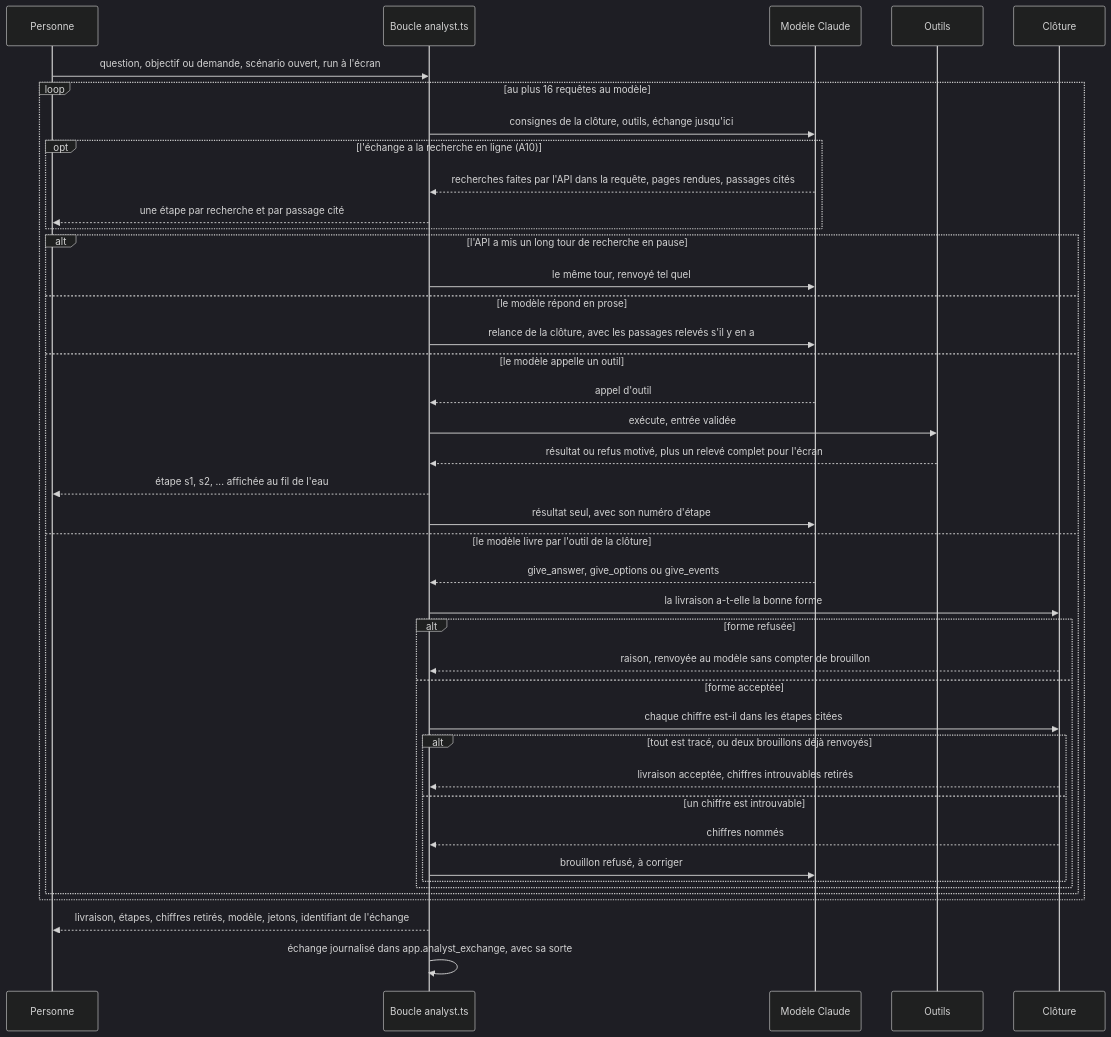
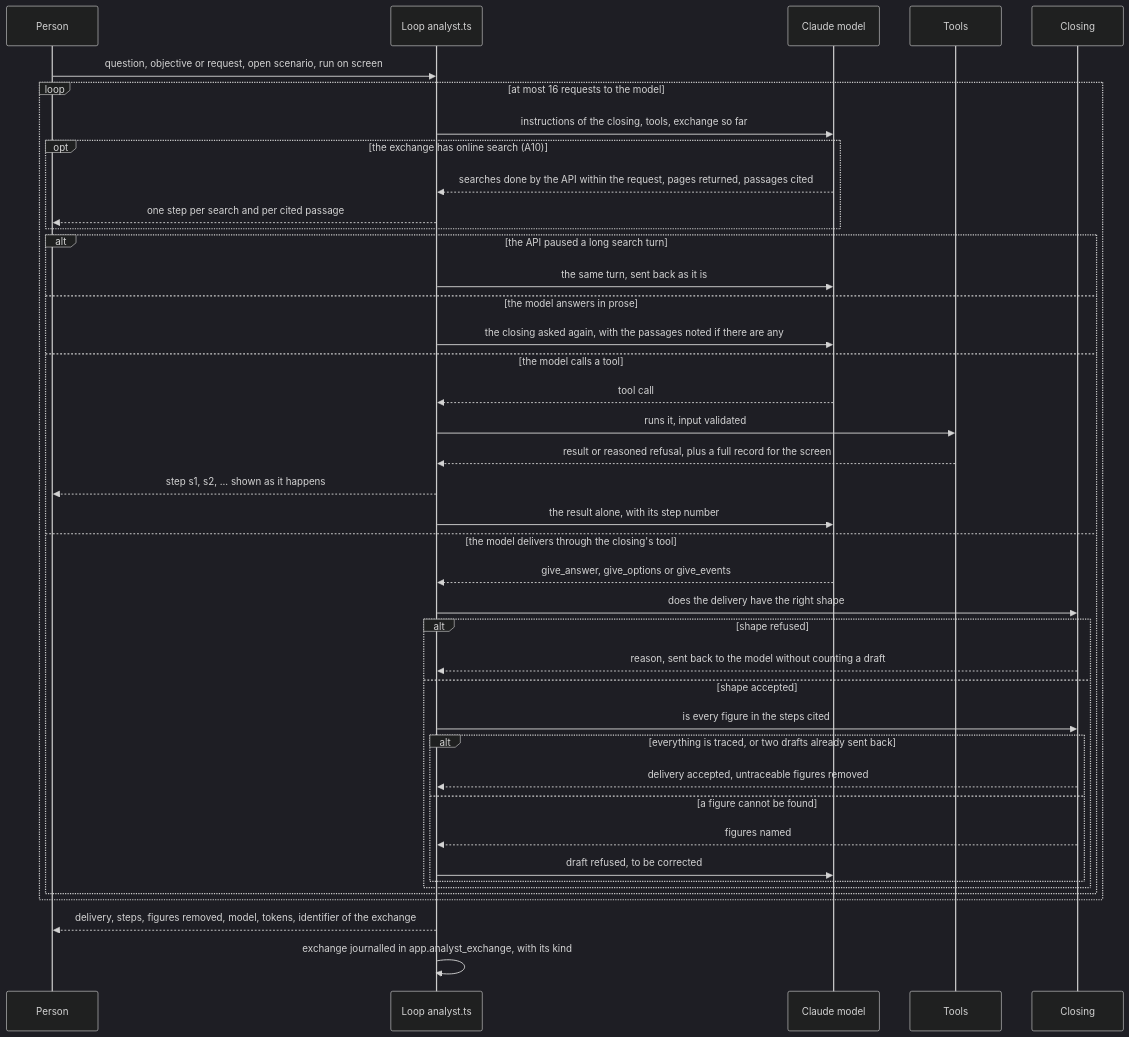
One commit to V1ktor7/obscyro changed the first of 30 diagrams in frontend/content/docs/product/algorithms.md. Above: the diagram before and after it, drawn with Mermaid (dark theme). The commit also changed other lines of this file and 15 other files, not shown here.

First line of the commit message:
feat(site): les pages produit du site passent en anglais

````diff
--- a/frontend/content/docs/product/algorithms.md
+++ b/frontend/content/docs/product/algorithms.md
@@ -60,43 +61,43 @@
 ```mermaid
 sequenceDiagram
-    participant P as Personne
-    participant B as Boucle analyst.ts
-    participant M as Modèle Claude
-    participant O as Outils
-    participant C as Clôture
-    P->>B: question, objectif ou demande, scénario ouvert, run à l'écran
-    loop au plus 16 requêtes au modèle
-        B->>M: consignes de la clôture, outils, échange jusqu'ici
-        opt l'échange a la recherche en ligne (A10)
-            M-->>B: recherches faites par l'API dans la requête, pages rendues, passages cités
-            B-->>P: une étape par recherche et par passage cité
+    participant P as Person
+    participant B as Loop analyst.ts
+    participant M as Claude model
+    participant O as Tools
+    participant C as Closing
+    P->>B: question, objective or request, open scenario, run on screen
+    loop at most 16 requests to the model
+        B->>M: instructions of the closing, tools, exchange so far
+        opt the exchange has online search (A10)
+            M-->>B: searches done by the API within the request, pages returned, passages cited
+            B-->>P: one step per search and per cited passage
         end
-        alt l'API a mis un long tour de recherche en pause
-            B->>M: le même tour, renvoyé tel quel
-        else le modèle répond en prose
-            B->>M: relance de la clôture, avec les passages relevés s'il y en a
-        else le modèle appelle un outil
-            M-->>B: appel d'outil
-            B->>O: exécute, entrée validée
-            O-->>B: résultat ou refus motivé, plus un relevé complet pour l'écran
-            B-->>P: étape s1, s2, ... affichée au fil de l'eau
-            B->>M: résultat seul, avec son numéro d'étape
-        else le modèle livre par l'outil de la clôture
-            M-->>B: give_answer, give_options ou give_events
-            B->>C: la livraison a-t-elle la bonne forme
-            alt forme refusée
-                C-->>B: raison, renvoyée au modèle sans compter de brouillon
-            else forme acceptée
-                B->>C: chaque chiffre est-il dans les étapes citées
-                alt tout est tracé, ou deux brouillons déjà renvoyés
-                    C-->>B: livraison acceptée, chiffres introuvables retirés
-                else un chiffre est introuvable
-                    C-->>B: chiffres nommés
-                    B->>M: brouillon refusé, à corriger
+        alt the API paused a long search turn
+            B->>M: the same turn, sent back as it is
+        else the model answers in prose
+            B->>M: the closing asked again, with the passages noted if there are any
+        else the model calls a tool
+            M-->>B: tool call
+            B->>O: runs it, input validated
+            O-->>B: result or reasoned refusal, plus a full record for the screen
+            B-->>P: step s1, s2, ... shown as it happens
+            B->>M: the result alone, with its step number
+        else the model delivers through the closing's tool
+            M-->>B: give_answer, give_options or give_events
+            B->>C: does the delivery have the right shape
+            alt shape refused
+                C-->>B: reason, sent back to the model without counting a draft
+            else shape accepted
+                B->>C: is every figure in the steps cited
+                alt everything is traced, or two drafts already sent back
+                    C-->>B: delivery accepted, untraceable figures removed
+                else a figure cannot be found
+                    C-->>B: figures named
+                    B->>M: draft refused, to be corrected
                 end
             end
         end
     end
-    B-->>P: livraison, étapes, chiffres retirés, modèle, jetons, identifiant de l'échange
-    B->>B: échange journalisé dans app.analyst_exchange, avec sa sorte
+    B-->>P: delivery, steps, figures removed, model, tokens, identifier of the exchange
+    B->>B: exchange journalled in app.analyst_exchange, with its kind
 ```
````
